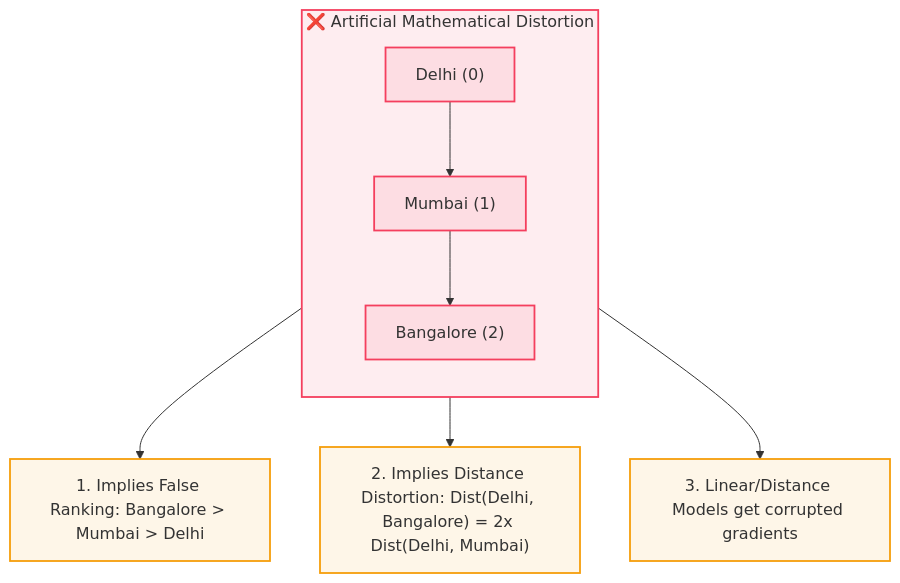
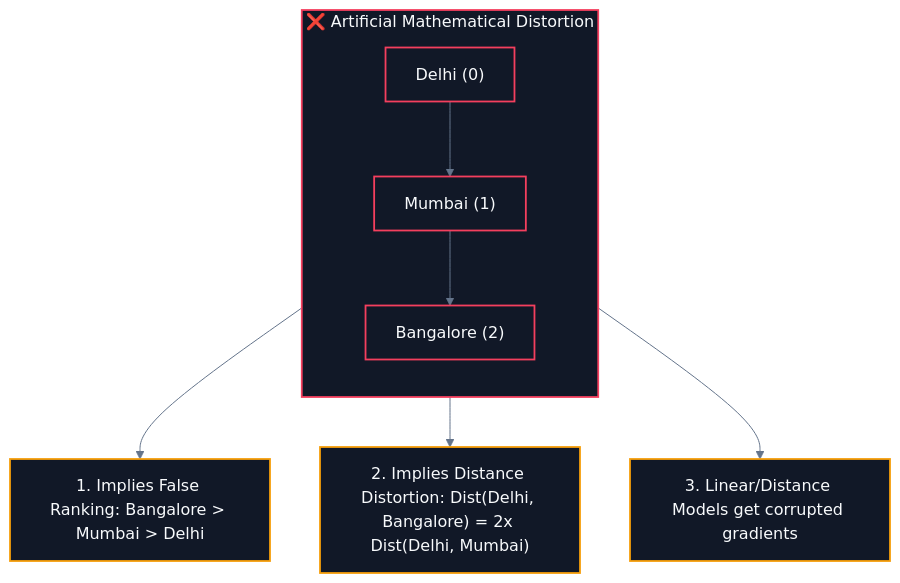
One commit to abhinavbharti2345/CS_Notes changed the third of 4 diagrams in CS/AI & ML/02. Data Preprocessing/02. Categorical Encoding.md. Above: the diagram before and after it, drawn with Mermaid. The commit also changed other lines of this file and 195 other files, not shown here.

````diff
--- a/CS/AI & ML/02. Data Preprocessing/02. Categorical Encoding.md
+++ b/CS/AI & ML/02. Data Preprocessing/02. Categorical Encoding.md
@@ -102,16 +104,17 @@
 ```mermaid
+%%{init: {'theme': 'base', 'themeVariables': { 'darkMode': true, 'background': '#0B0F14', 'mainBkg': '#111827', 'primaryColor': '#111827', 'primaryTextColor': '#F8FAFC', 'primaryBorderColor': '#38BDF8', 'lineColor': '#64748B', 'secondaryColor': '#0B0F14', 'tertiaryColor': '#0B0F14', 'clusterBkg': '#0B0F14', 'clusterBorder': '#38BDF8' }}}%%
 flowchart TD
     subgraph Trap ["❌ Artificial Mathematical Distortion"]
         direction TD
         N0["Delhi (0)"] --> N1["Mumbai (1)"] --> N2["Bangalore (2)"]
     end
     
     Trap --> E1["1. Implies False Ranking: Bangalore > Mumbai > Delhi"]
     Trap --> E2["2. Implies Distance Distortion: Dist(Delhi, Bangalore) = 2x Dist(Delhi, Mumbai)"]
     Trap --> E3["3. Linear/Distance Models get corrupted gradients"]
 
-    classDef bad fill:#f43f5e18,stroke:#f43f5e,stroke-width:1.8px;
-    classDef desc fill:#f59e0b18,stroke:#f59e0b,stroke-width:1.8px;
+    classDef bad fill:#111827,stroke:#f43f5e,stroke-width:1.8px,color:#F8FAFC;
+    classDef desc fill:#111827,stroke:#f59e0b,stroke-width:1.8px,color:#F8FAFC;
     class N0,N1,N2,Trap bad;
     class E1,E2,E3 desc;
 ```
````
